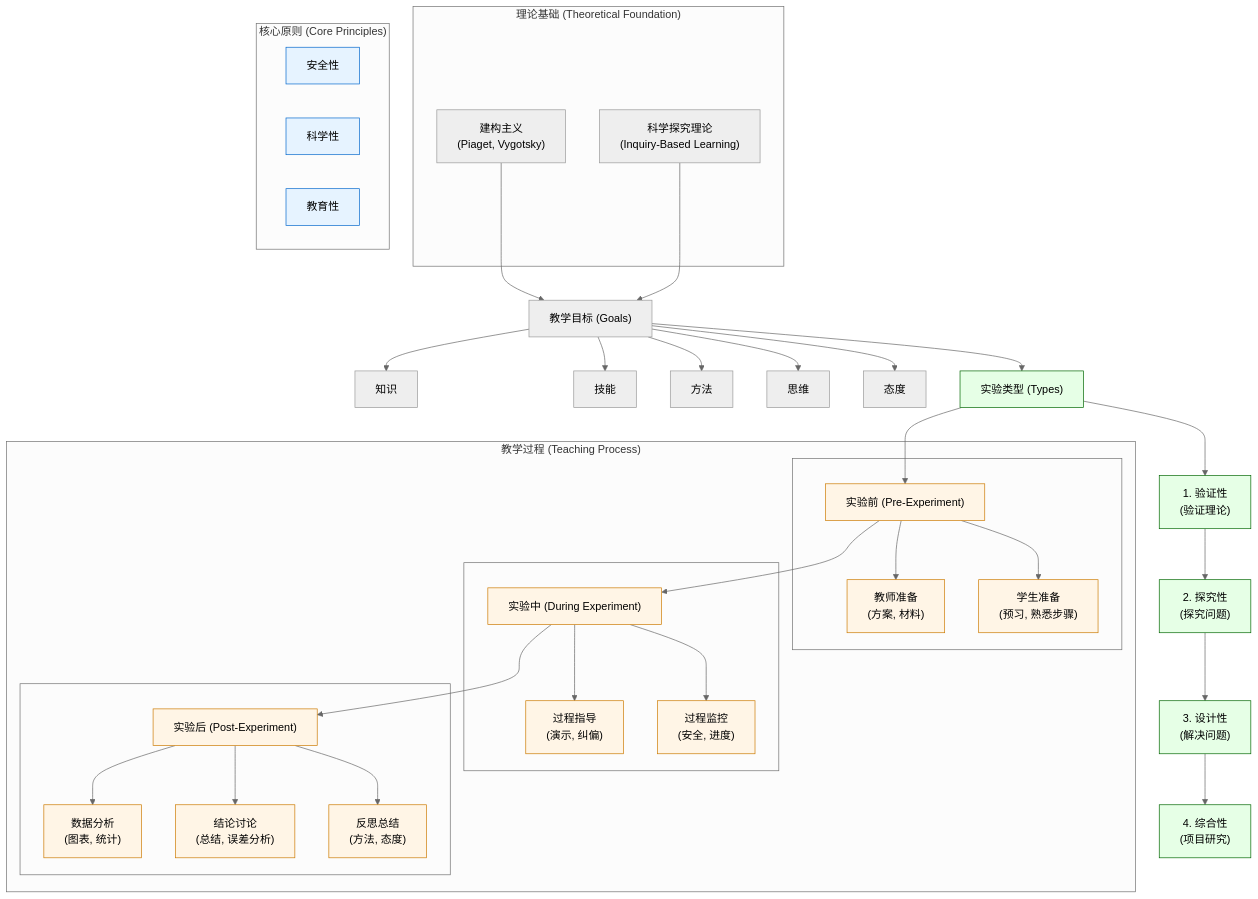
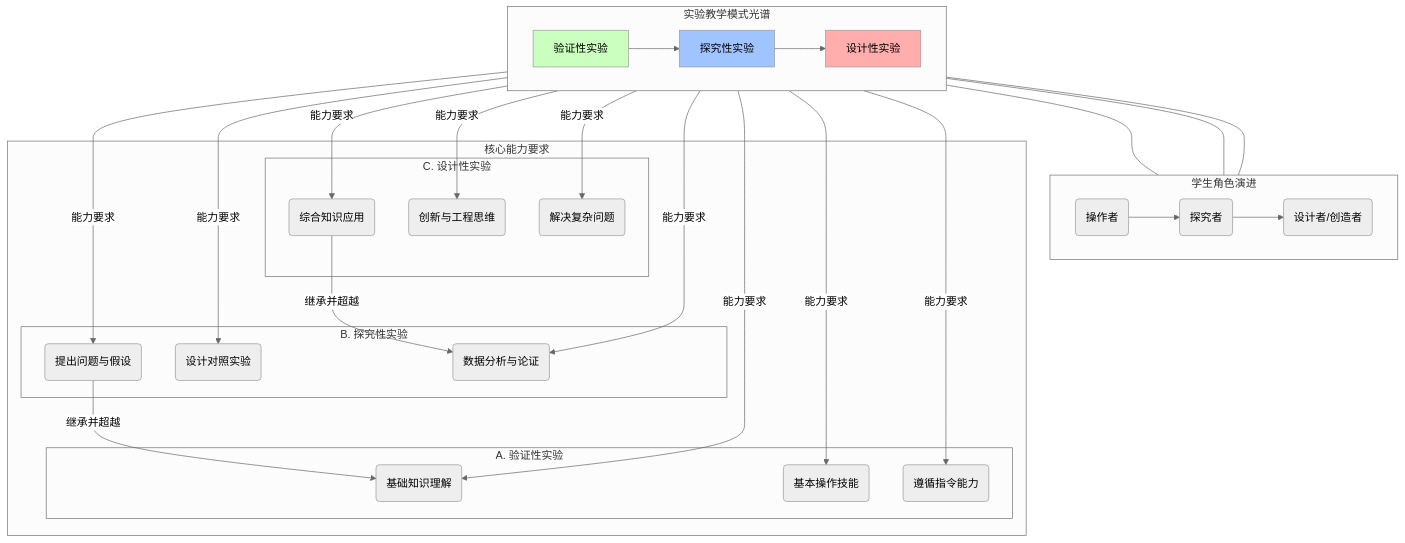
One commit to adaliu888/PrimarySecondaryEducatio changed the diagram in 05-科学教育/05-02-科学实验教学-知识图谱.md. Above: the diagram before and after it, drawn with Mermaid (neutral theme). The commit also changed other lines of this file and 61 other files, not shown here.

````diff
--- a/05-科学教育/05-02-科学实验教学-知识图谱.md
+++ b/05-科学教育/05-02-科学实验教学-知识图谱.md
@@ -5,58 +5,55 @@
 ```mermaid
 graph TD
-    subgraph "理论基础 (Theoretical Foundation)"
-        A1["建构主义<br/>(Piaget, Vygotsky)"];
-        A2["科学探究理论<br/>(Inquiry-Based Learning)"];
+    subgraph "学生角色演进"
+        direction LR
+        R1(操作者) --> R2(探究者) --> R3(设计者/创造者);
     end
 
-    subgraph "核心原则 (Core Principles)"
-        P1["安全性"];
-        P2["科学性"];
-        P3["教育性"];
+    subgraph "实验教学模式光谱"
+        direction LR
+        A[验证性实验] --> B[探究性实验] --> C[设计性实验];
     end
-
-    subgraph "教学过程 (Teaching Process)"
-        D["实验前 (Pre-Experiment)"] --> E["实验中 (During Experiment)"] --> F["实验后 (Post-Experiment)"];
+    
+    subgraph "核心能力要求"
+        subgraph "A. 验证性实验"
+            A1(基础知识理解);
+            A2(基本操作技能);
+            A3(遵循指令能力);
+        end
         
-        subgraph " "
-        D --> D1["教师准备<br/>(方案, 材料)"];
-        D --> D2["学生准备<br/>(预习, 熟悉步骤)"];
+        subgraph "B. 探究性实验"
+            B1(提出问题与假设);
+            B2(设计对照实验);
+            B3(数据分析与论证);
         end
-
-        subgraph " "
-        E --> E1["过程指导<br/>(演示, 纠偏)"];
-        E --> E2["过程监控<br/>(安全, 进度)"];
-        end
-
-        subgraph " "
-        F --> F1["数据分析<br/>(图表, 统计)"];
-        F --> F2["结论讨论<br/>(总结, 误差分析)"];
-        F --> F3["反思总结<br/>(方法, 态度)"];
+        
+        subgraph "C. 设计性实验"
+            C1(综合知识应用);
+            C2(创新与工程思维);
+            C3(解决复杂问题);
         end
     end
 
-    B["教学目标 (Goals)"] --> B1["知识"];
-    B --> B2["技能"];
-    B --> B3["方法"];
-    B --> B4["思维"];
-    B --> B5["态度"];
+    A --- R1;
+    B --- R2;
+    C --- R3;
 
-    C["实验类型 (Types)"] --> C1["1. 验证性<br/>(验证理论)"];
-    C1 --> C2["2. 探究性<br/>(探究问题)"];
-    C2 --> C3["3. 设计性<br/>(解决问题)"];
-    C3 --> C4["4. 综合性<br/>(项目研究)"];
+    A -- 能力要求 --> A1;
+    A -- 能力要求 --> A2;
+    A -- 能力要求 --> A3;
     
-    A1 & A2 --> B;
-    B --> C;
-    C --> D;
+    B -- 能力要求 --> B1;
+    B -- 能力要求 --> B2;
+    B -- 能力要求 --> B3;
     
-    classDef principles fill:#e6f3ff,stroke:#0066cc;
-    class P1,P2,P3 principles;
+    C -- 能力要求 --> C1;
+    C -- 能力要求 --> C2;
+    C -- 能力要求 --> C3;
 
-    classDef types fill:#e6ffe6,stroke:#006600;
-    class C,C1,C2,C3,C4 types;
-    
-    classDef process fill:#fff5e6,stroke:#cc7a00;
-    class D,E,F,D1,D2,E1,E2,F1,F2,F3 process;
+    B1 -- 继承并超越 --> A1;
+    C1 -- 继承并超越 --> B3;
 
+    style A fill:#caffbf
+    style B fill:#a0c4ff
+    style C fill:#ffadad
 ```
````
